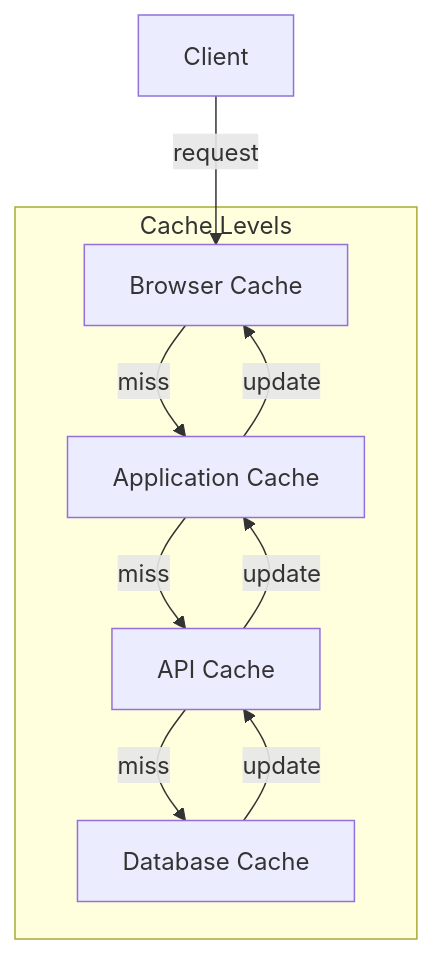
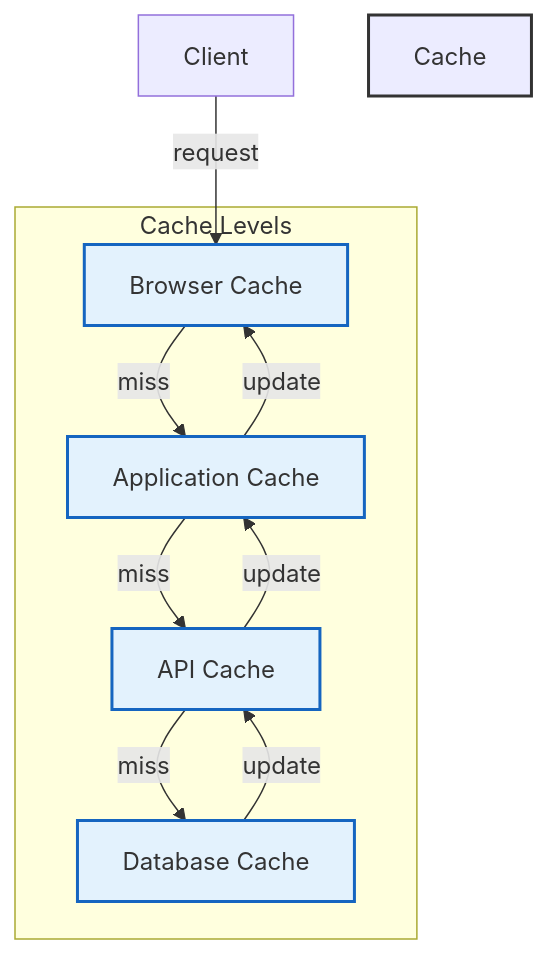
One commit to nessaee/chess-database changed the third of 5 diagrams in docs/optimizations.md. Above: the diagram before and after it, drawn with Mermaid. The commit also changed other lines of this file and 3 other files, not shown here.

````diff
--- a/docs/optimizations.md
+++ b/docs/optimizations.md
@@ -169,17 +198,25 @@
-```mermaid
+<div class="mermaid">
 graph TB
     subgraph "Cache Levels"
         L1["Browser Cache"]
         L2["Application Cache"]
         L3["API Cache"]
         L4["Database Cache"]
     end
     
     Client -->|request| L1
     L1 -->|miss| L2
     L2 -->|miss| L3
     L3 -->|miss| L4
     L4 -->|update| L3
     L3 -->|update| L2
     L2 -->|update| L1
-```
+    
+    %% Styling
+    classDef cache fill:#e3f2fd,stroke:#1565c0,stroke-width:2px;
+    
+    class L1,L2,L3,L4 cache;
+    
+    %% Group Styling
+    style Cache Levels fill:#f5f5f5,stroke:#333,stroke-width:2px;
+</div>
````
